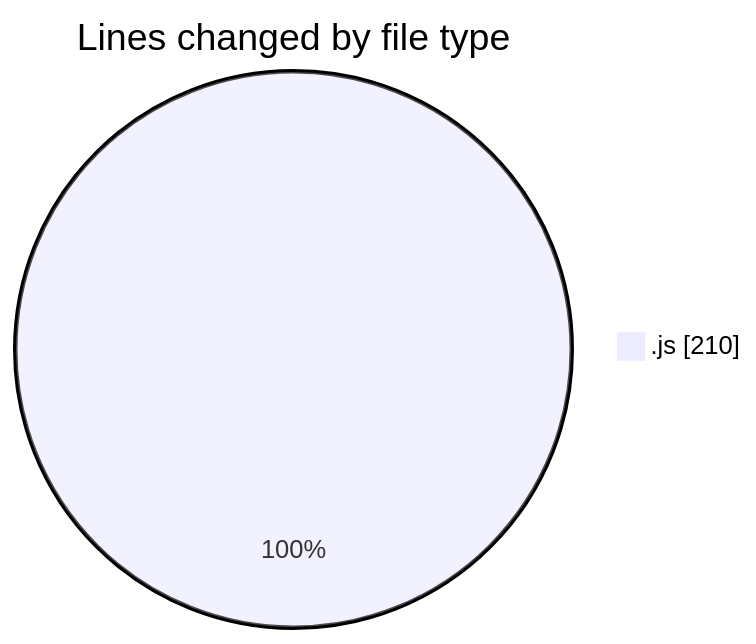
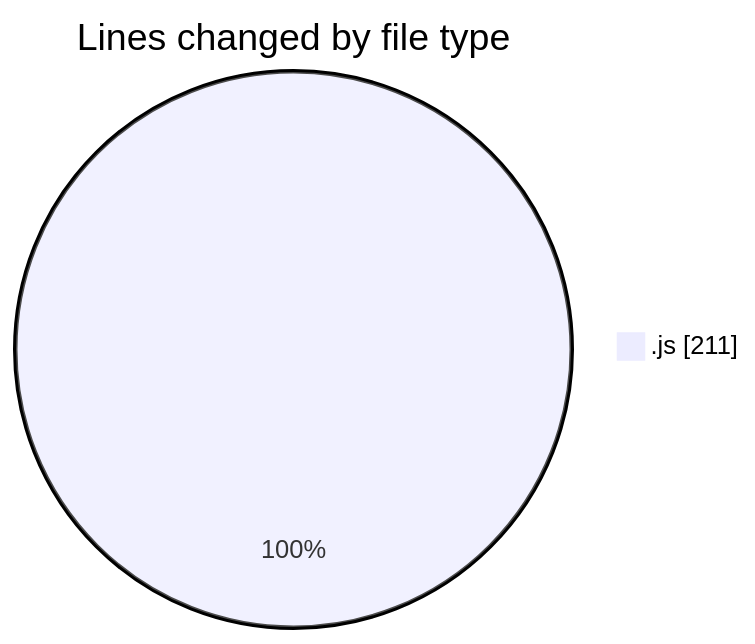
One commit to momahboobian/code-tracking changed the first of 2 diagrams in 2025-02-03/cda/README.md. Above: the diagram before and after it, drawn with Mermaid. The commit also changed other lines of this file and 1 other file, not shown here.

````diff
--- a/2025-02-03/cda/README.md
+++ b/2025-02-03/cda/README.md
@@ -22,5 +22,5 @@
 ```mermaid
 pie showData
 title Lines changed by file type
-".js" : 210
+".js" : 211
 ```
````
